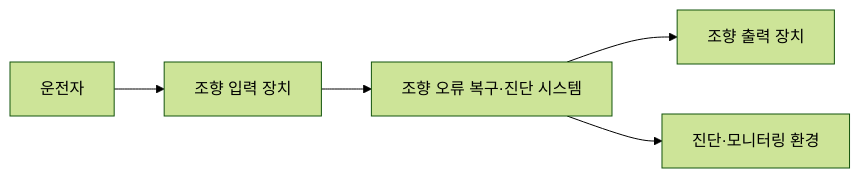
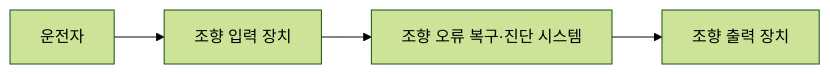
The first of 4 diagrams in iso26262-sbw-failsafe/workproducts/02_System_Design.md (kwangil1245-code/iso26262-sbw-failsafe), drawn with Mermaid (forest theme) before and after one commit. The commit also changed other lines of this file, not shown here.

````diff
--- a/iso26262-sbw-failsafe/workproducts/02_System_Design.md
+++ b/iso26262-sbw-failsafe/workproducts/02_System_Design.md
@@ -33,7 +39,6 @@
 ```mermaid
 flowchart LR
     A["운전자"] --> B["조향 입력 장치"]
     B --> C["조향 오류 복구·진단 시스템"]
     C --> D["조향 출력 장치"]
-    C --> E["진단·모니터링 환경"]
 ```
````
